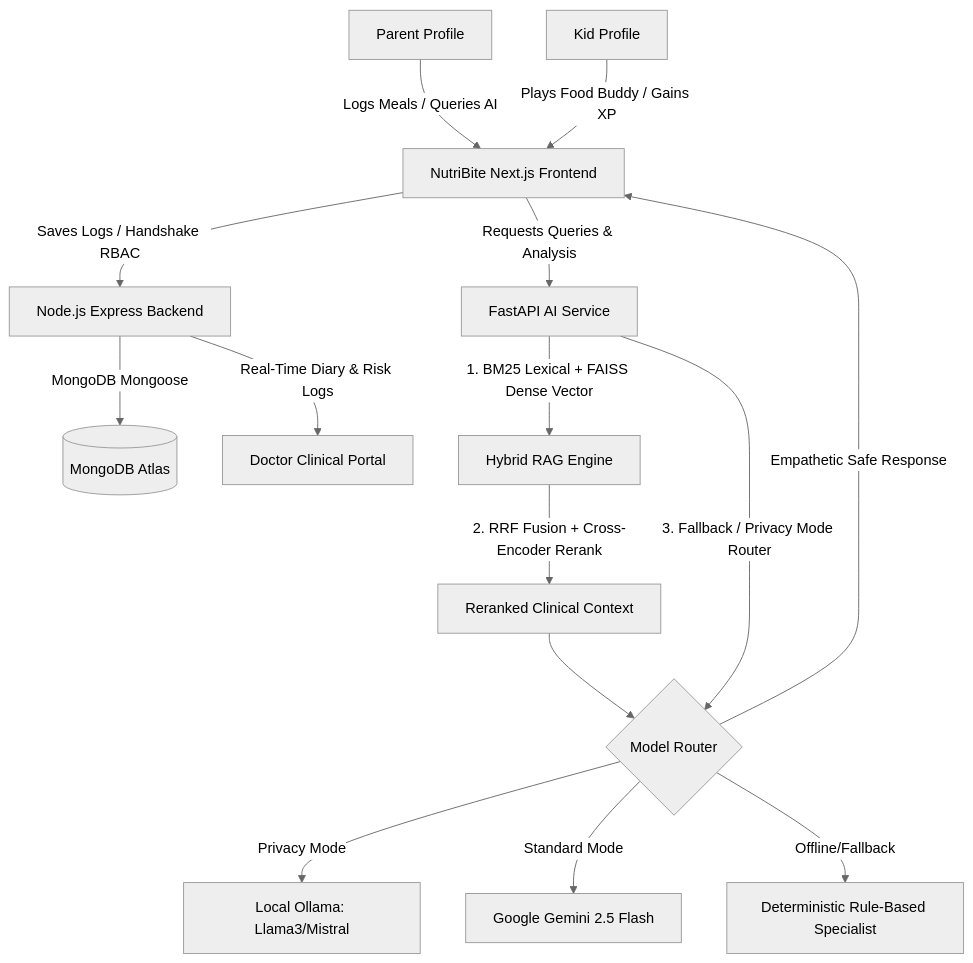
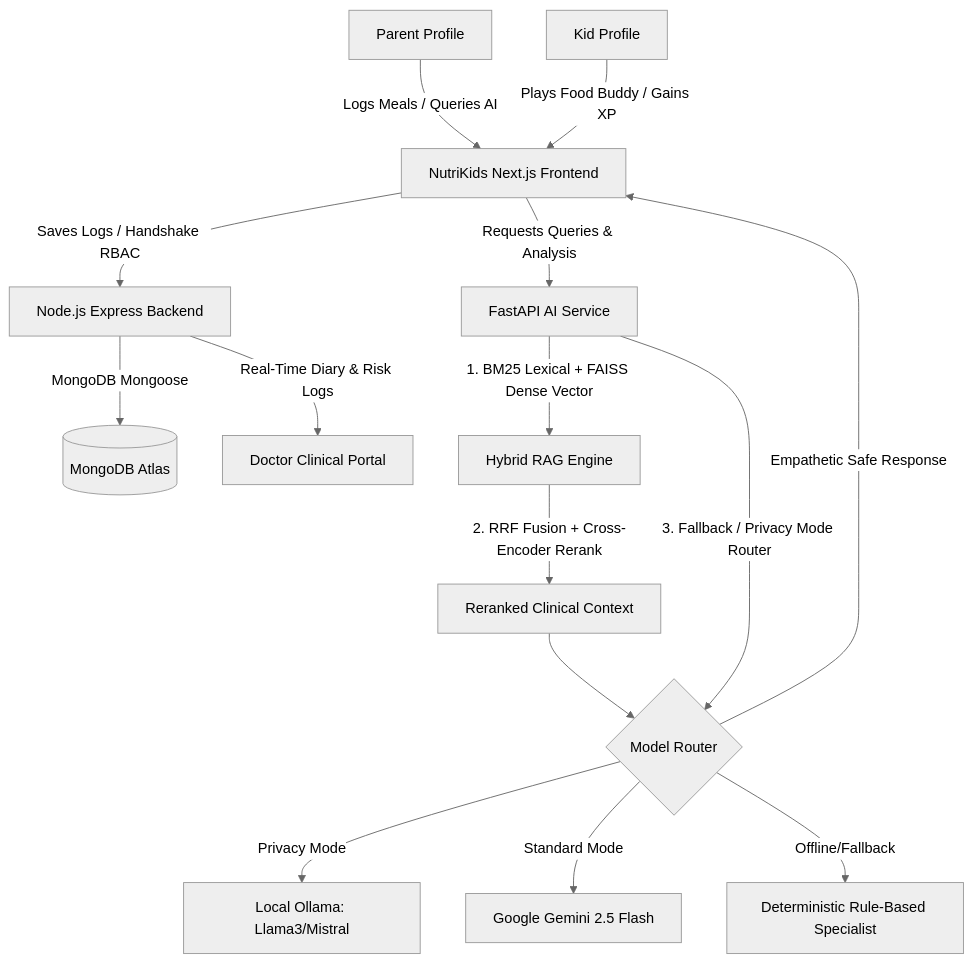
Before and after one commit to KidsNutriBite/NutriBite: the first of 6 diagrams in docs/project-spec_18thJune.md, drawn with Mermaid (neutral theme). The commit also changed other lines of this file and 40 other files, not shown here.

Commit message:
chore: global rebranding from NutriBite to NutriKids across services, workflows, and docs

````diff
--- a/docs/project-spec_18thJune.md
+++ b/docs/project-spec_18thJune.md
@@ -15,17 +15,17 @@
 ```mermaid
 graph TD
-    Parent[Parent Profile] -->|Logs Meals / Queries AI| App[NutriBite Next.js Frontend]
+    Parent[Parent Profile] -->|Logs Meals / Queries AI| App[NutriKids Next.js Frontend]
     Kid[Kid Profile] -->|Plays Food Buddy / Gains XP| App
     App -->|Saves Logs / Handshake RBAC| Node[Node.js Express Backend]
     Node -->|MongoDB Mongoose| DB[(MongoDB Atlas)]
     App -->|Requests Queries & Analysis| FastAPI[FastAPI AI Service]
     FastAPI -->|1. BM25 Lexical + FAISS Dense Vector| RAG[Hybrid RAG Engine]
     RAG -->|2. RRF Fusion + Cross-Encoder Rerank| Rank[Reranked Clinical Context]
     FastAPI -->|3. Fallback / Privacy Mode Router| LLM{Model Router}
     LLM -->|Privacy Mode| Ollama[Local Ollama: Llama3/Mistral]
     LLM -->|Standard Mode| Gemini[Google Gemini 2.5 Flash]
     LLM -->|Offline/Fallback| Static[Deterministic Rule-Based Specialist]
     Rank --> LLM
     LLM -->|Empathetic Safe Response| App
     Node -->|Real-Time Diary & Risk Logs| Doctor[Doctor Clinical Portal]
 ```
````
